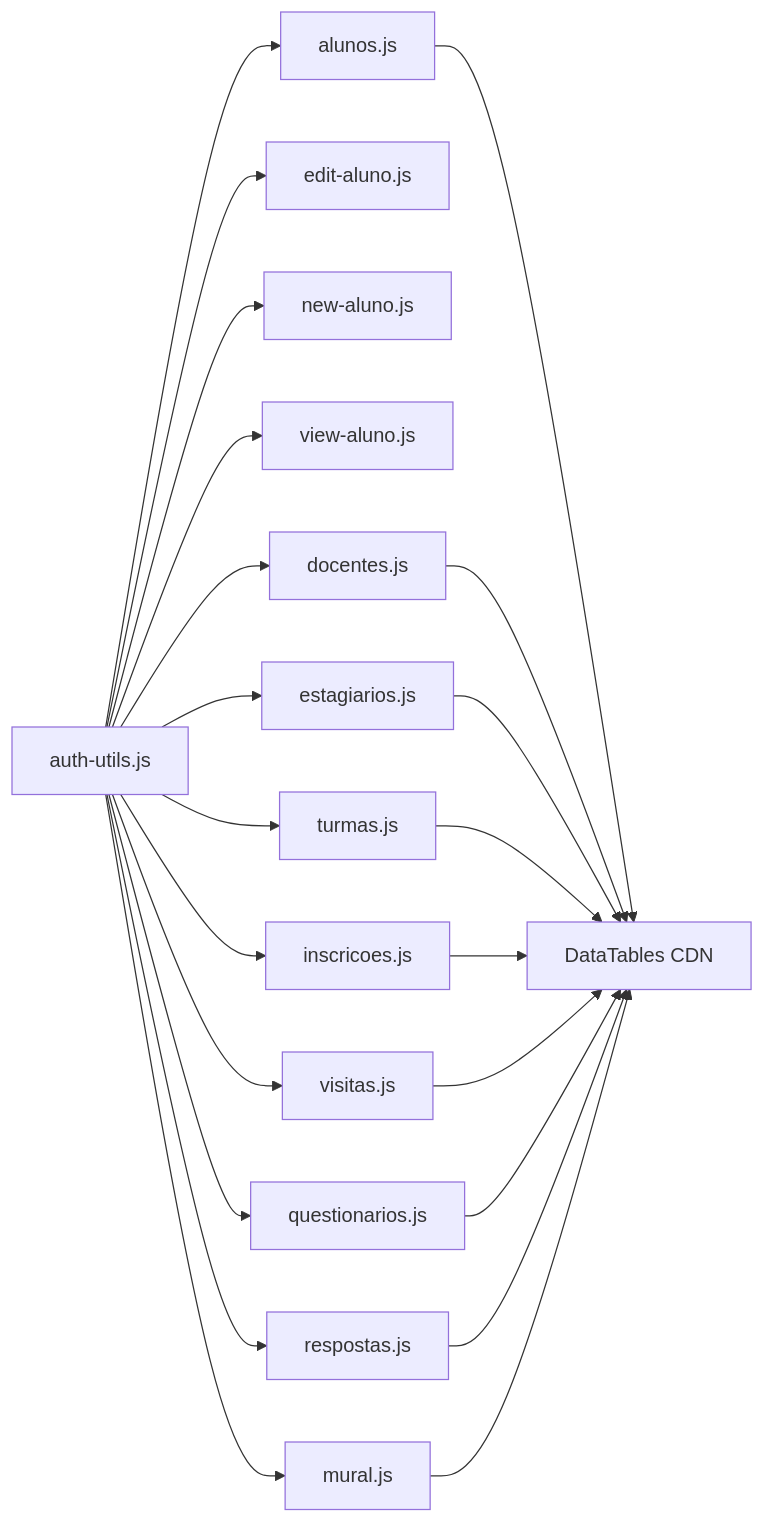
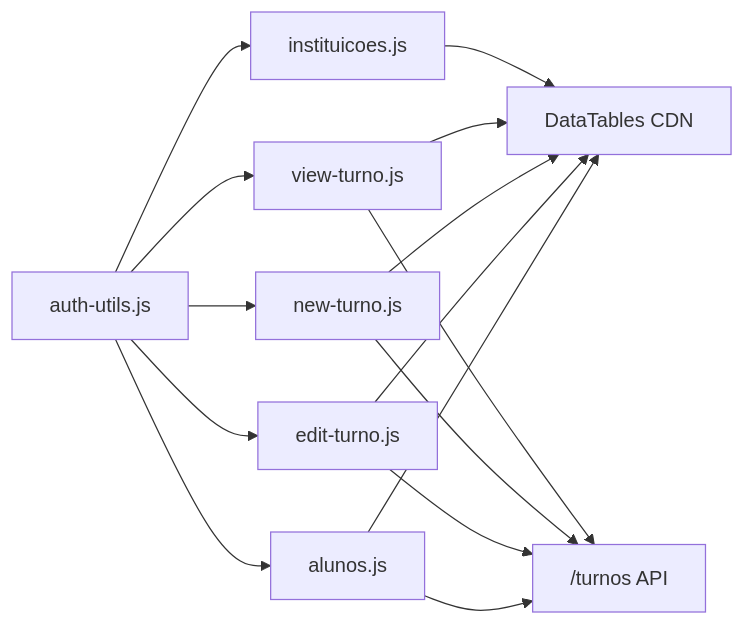
Before and after one commit to luiseduacosta/nodemural: the fifth of 5 diagrams in .qoder/repowiki/en/content/Frontend Architecture/Entity Management Interfaces.md, drawn with Mermaid. The commit also changed other lines of this file and 4 other files, not shown here.

````diff
--- a/.qoder/repowiki/en/content/Frontend Architecture/Entity Management Interfaces.md
+++ b/.qoder/repowiki/en/content/Frontend Architecture/Entity Management Interfaces.md
@@ -294,24 +280,17 @@
 ```mermaid
 graph LR
 AU["auth-utils.js"] --> AL["alunos.js"]
-AU --> ED["edit-aluno.js"]
-AU --> NE["new-aluno.js"]
-AU --> VI["view-aluno.js"]
-AU --> DO["docentes.js"]
-AU --> ES["estagiarios.js"]
-AU --> TU["turmas.js"]
-AU --> IN["inscricoes.js"]
-AU --> VI2["visitas.js"]
-AU --> QU["questionarios.js"]
-AU --> RE["respostas.js"]
-AU --> MU["mural.js"]
+AU --> ET["edit-turno.js"]
+AU --> NT["new-turno.js"]
+AU --> VT["view-turno.js"]
+AU --> IN["instituicoes.js"]
 AL --> DT["DataTables CDN"]
-DO --> DT
-ES --> DT
-TU --> DT
+ET --> DT
+NT --> DT
+VT --> DT
 IN --> DT
-VI2 --> DT
-QU --> DT
-RE --> DT
-MU --> DT
+AL --> TURNOS["/turnos API"]
+ET --> TURNOS
+NT --> TURNOS
+VT --> TURNOS
 ```
````
